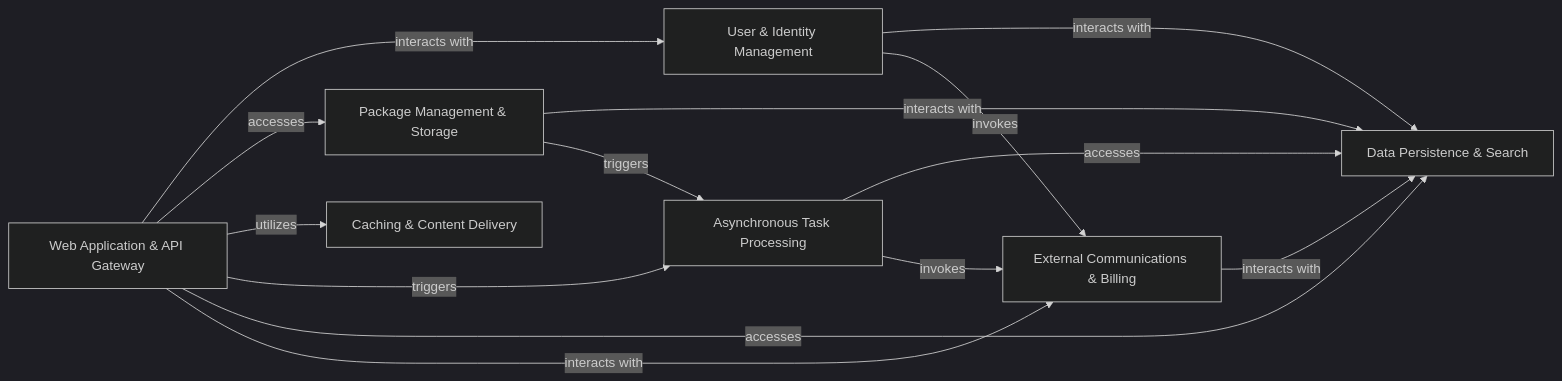
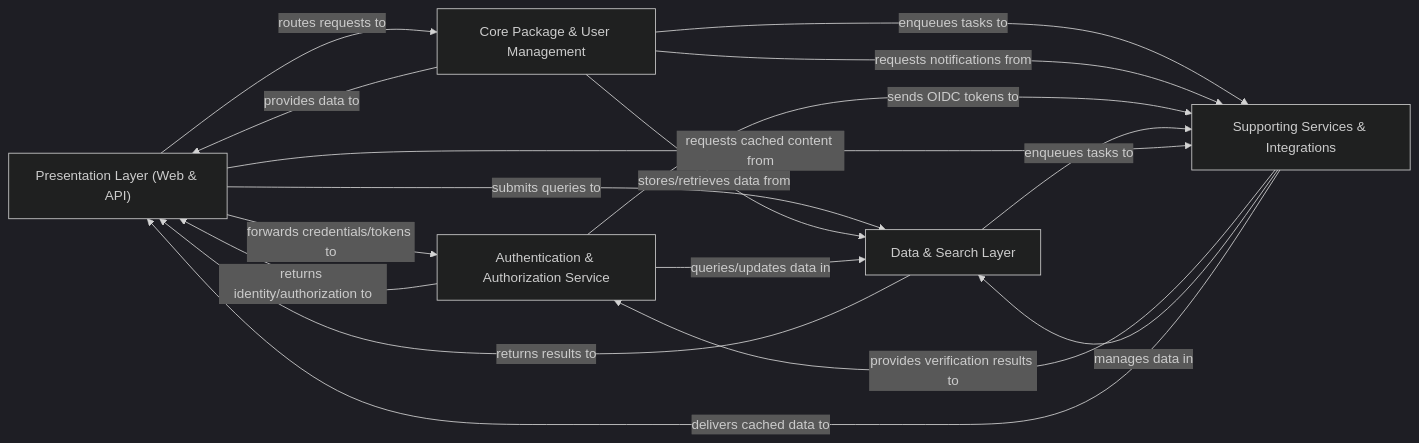
One commit to CodeBoarding/GeneratedOnBoardings changed the diagram in warehouse/on_boarding.md. Above: the diagram before and after it, drawn with Mermaid (dark theme). The commit also changed other lines of this file and 10 other files, not shown here.

````diff
--- a/warehouse/on_boarding.md
+++ b/warehouse/on_boarding.md
@@ -1,29 +1,28 @@
 ```mermaid
 graph LR
-    Web_Application_API_Gateway["Web Application & API Gateway"]
-    User_Identity_Management["User & Identity Management"]
-    Package_Management_Storage["Package Management & Storage"]
-    Asynchronous_Task_Processing["Asynchronous Task Processing"]
-    Data_Persistence_Search["Data Persistence & Search"]
-    Caching_Content_Delivery["Caching & Content Delivery"]
-    External_Communications_Billing["External Communications & Billing"]
-    Web_Application_API_Gateway -- "interacts with" --> User_Identity_Management
-    Web_Application_API_Gateway -- "accesses" --> Package_Management_Storage
-    Web_Application_API_Gateway -- "utilizes" --> Caching_Content_Delivery
-    Web_Application_API_Gateway -- "triggers" --> Asynchronous_Task_Processing
-    Web_Application_API_Gateway -- "accesses" --> Data_Persistence_Search
-    Web_Application_API_Gateway -- "interacts with" --> External_Communications_Billing
-    User_Identity_Management -- "interacts with" --> Data_Persistence_Search
-    User_Identity_Management -- "invokes" --> External_Communications_Billing
-    Package_Management_Storage -- "interacts with" --> Data_Persistence_Search
-    Package_Management_Storage -- "triggers" --> Asynchronous_Task_Processing
-    Asynchronous_Task_Processing -- "accesses" --> Data_Persistence_Search
-    Asynchronous_Task_Processing -- "invokes" --> External_Communications_Billing
-    External_Communications_Billing -- "interacts with" --> Data_Persistence_Search
-    click Web_Application_API_Gateway href "https://github.com/CodeBoarding/GeneratedOnBoardings/blob/main/warehouse/Web_Application_API_Gateway.md" "Details"
-    click User_Identity_Management href "https://github.com/CodeBoarding/GeneratedOnBoardings/blob/main/warehouse/User_Identity_Management.md" "Details"
-    click Asynchronous_Task_Processing href "https://github.com/CodeBoarding/GeneratedOnBoardings/blob/main/warehouse/Asynchronous_Task_Processing.md" "Details"
-    click Data_Persistence_Search href "https://github.com/CodeBoarding/GeneratedOnBoardings/blob/main/warehouse/Data_Persistence_Search.md" "Details"
-    click Caching_Content_Delivery href "https://github.com/CodeBoarding/GeneratedOnBoardings/blob/main/warehouse/Caching_Content_Delivery.md" "Details"
-    click External_Communications_Billing href "https://github.com/CodeBoarding/GeneratedOnBoardings/blob/main/warehouse/External_Communications_Billing.md" "Details"
+    Presentation_Layer_Web_API_["Presentation Layer (Web & API)"]
+    Authentication_Authorization_Service["Authentication & Authorization Service"]
+    Core_Package_User_Management["Core Package & User Management"]
+    Data_Search_Layer["Data & Search Layer"]
+    Supporting_Services_Integrations["Supporting Services & Integrations"]
+    Presentation_Layer_Web_API_ -- "forwards credentials/tokens to" --> Authentication_Authorization_Service
+    Authentication_Authorization_Service -- "returns identity/authorization to" --> Presentation_Layer_Web_API_
+    Presentation_Layer_Web_API_ -- "routes requests to" --> Core_Package_User_Management
+    Core_Package_User_Management -- "provides data to" --> Presentation_Layer_Web_API_
+    Presentation_Layer_Web_API_ -- "submits queries to" --> Data_Search_Layer
+    Data_Search_Layer -- "returns results to" --> Presentation_Layer_Web_API_
+    Core_Package_User_Management -- "stores/retrieves data from" --> Data_Search_Layer
+    Core_Package_User_Management -- "enqueues tasks to" --> Supporting_Services_Integrations
+    Core_Package_User_Management -- "requests notifications from" --> Supporting_Services_Integrations
+    Authentication_Authorization_Service -- "queries/updates data in" --> Data_Search_Layer
+    Authentication_Authorization_Service -- "sends OIDC tokens to" --> Supporting_Services_Integrations
+    Supporting_Services_Integrations -- "provides verification results to" --> Authentication_Authorization_Service
+    Data_Search_Layer -- "enqueues tasks to" --> Supporting_Services_Integrations
+    Supporting_Services_Integrations -- "manages data in" --> Data_Search_Layer
+    Presentation_Layer_Web_API_ -- "requests cached content from" --> Supporting_Services_Integrations
+    Supporting_Services_Integrations -- "delivers cached data to" --> Presentation_Layer_Web_API_
+    click Presentation_Layer_Web_API_ href "https://github.com/CodeBoarding/GeneratedOnBoardings/blob/main/warehouse/Presentation_Layer_Web_API_.md" "Details"
+    click Authentication_Authorization_Service href "https://github.com/CodeBoarding/GeneratedOnBoardings/blob/main/warehouse/Authentication_Authorization_Service.md" "Details"
+    click Core_Package_User_Management href "https://github.com/CodeBoarding/GeneratedOnBoardings/blob/main/warehouse/Core_Package_User_Management.md" "Details"
+    click Supporting_Services_Integrations href "https://github.com/CodeBoarding/GeneratedOnBoardings/blob/main/warehouse/Supporting_Services_Integrations.md" "Details"
 ```
````
